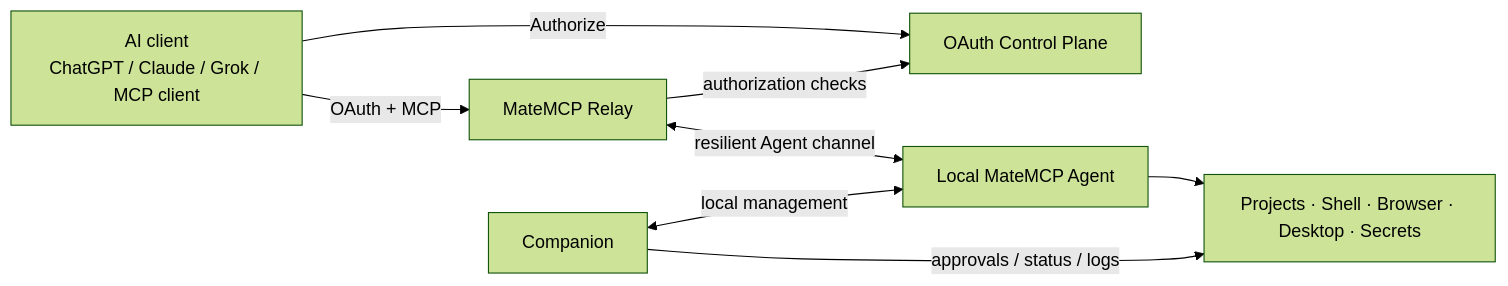
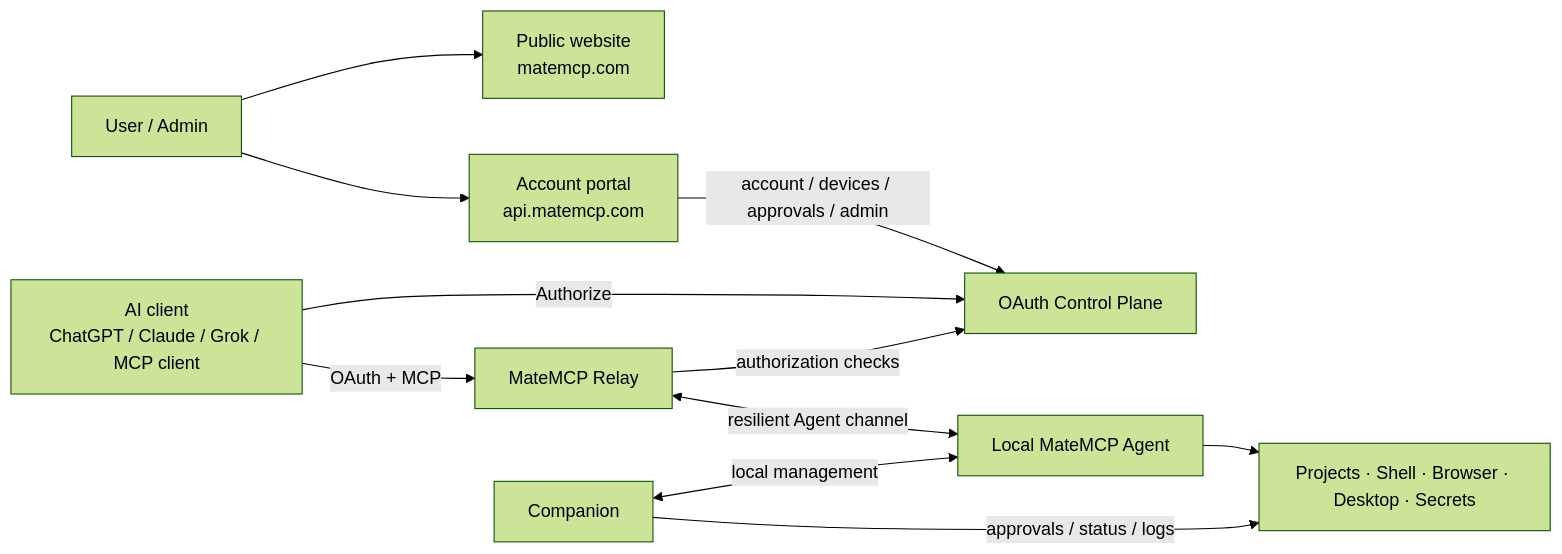
One commit to vrassouli/MateMCP changed the diagram in README.md. Above: the diagram before and after it, drawn with Mermaid (forest theme). The commit also changed other lines of this file, not shown here.

Commit message:
docs: refresh README for web portal and client compatibility

````diff
--- a/README.md
+++ b/README.md
@@ -37,17 +39,23 @@
 ```mermaid
 flowchart LR
+    User[User / Admin]
+    Site[Public website\nmatemcp.com]
+    Portal[Account portal\napi.matemcp.com]
     AI[AI client\nChatGPT / Claude / Grok / MCP client]
     Relay[MateMCP Relay]
     API[OAuth Control Plane]
     Agent[Local MateMCP Agent]
     Companion[Companion]
     Machine[Projects · Shell · Browser · Desktop · Secrets]
 
+    User --> Site
+    User --> Portal
+    Portal -->|account / devices / approvals / admin| API
     AI -->|OAuth + MCP| Relay
     AI -->|Authorize| API
     Relay <-->|resilient Agent channel| Agent
     Agent --> Machine
     Companion <-->|local management| Agent
     Companion -->|approvals / status / logs| Machine
     Relay -->|authorization checks| API
 ```
````
